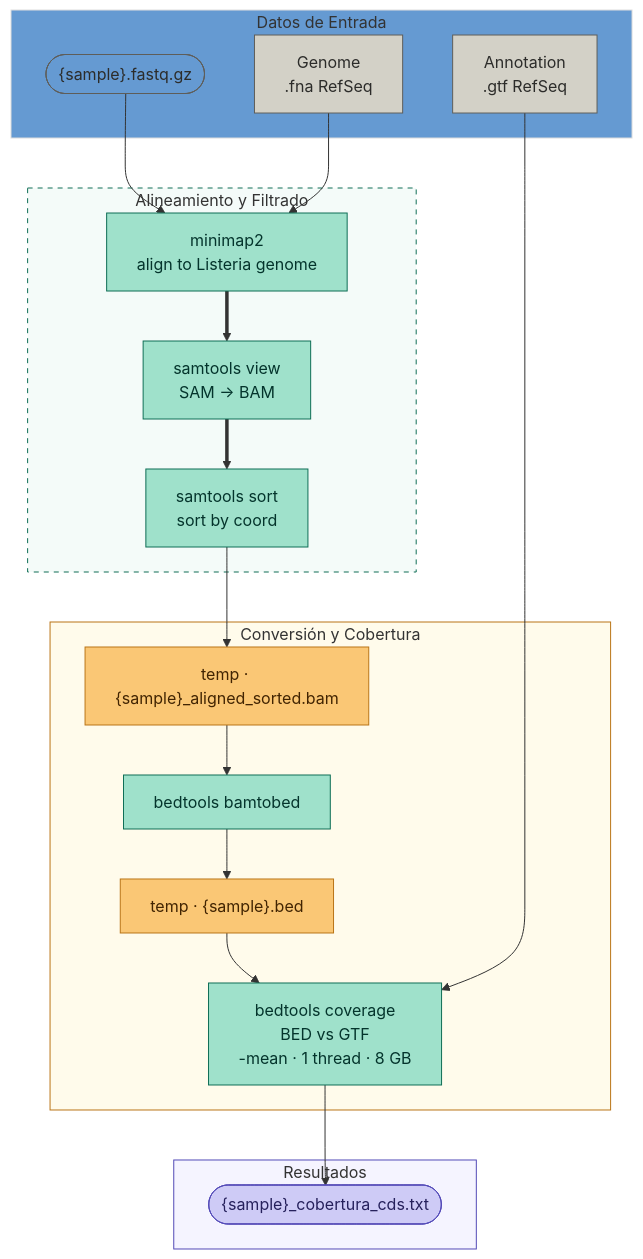
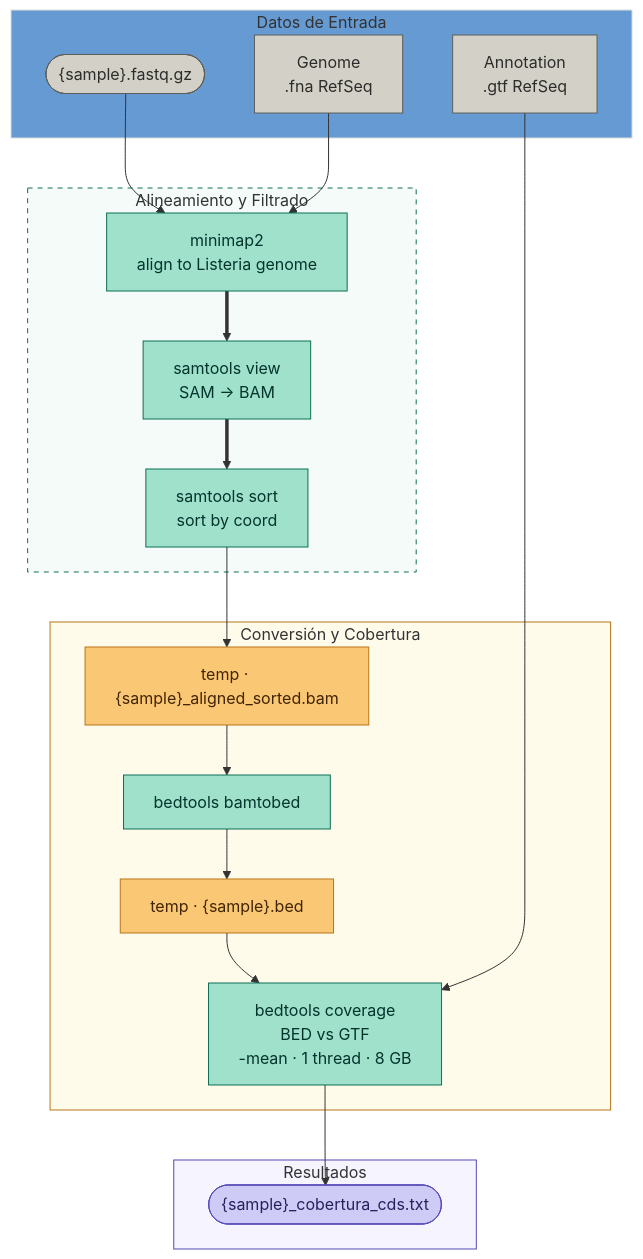
One commit to laugior/search4listeria changed the diagram in readme.md. Above: the diagram before and after it, drawn with Mermaid.

````diff
--- a/readme.md
+++ b/readme.md
@@ -3,61 +3,61 @@
 ```mermaid
 flowchart TB
     %% --- ENTRADAS ---
     subgraph INPUTS ["Datos de Entrada"]
         INPUT(["{sample}.fastq.gz"])
         GENOME["Genome\n.fna RefSeq"]
         GTF["Annotation\n.gtf RefSeq"]
     end
 
     %% --- PROCESAMIENTO EN STREAMING ---
     subgraph ALIGNMENT ["Alineamiento y Filtrado"]
         MM["minimap2\nalign to Listeria genome"]
         SV["samtools view\nSAM → BAM"]
         SS["samtools sort\nsort by coord"]
         
         MM ==>  SV ==>  SS
     end
 
     %% --- PASOS INTERMEDIOS Y ANÁLISIS ---
     subgraph ANALYSIS ["Conversión y Cobertura"]
         SBAM["temp · {sample}_aligned_sorted.bam"]
         B2B["bedtools bamtobed"]
         BED["temp · {sample}.bed"]
         COV["bedtools coverage\nBED vs GTF\n-mean · 1 thread · 8 GB"]
     end
 
     %% --- SALIDA ---
     subgraph OUTPUTS ["Resultados"]
         OUTPUT(["{sample}_cobertura_cds.txt"])
     end
 
     %% --- CONEXIONES GLOBALES ---
     INPUT & GENOME --> MM
     SS --> SBAM
     SBAM --> B2B
     B2B --> BED
     BED & GTF --> COV
     COV --> OUTPUT
 
     %% --- ESTILOS ---
-    style INPUT  fill:#659ad2,stroke:#5F5E5A,color:#2C2C2A
+    style INPUT  fill:#D3D1C7,stroke:#5F5E5A,color:#2C2C2A
     style GENOME fill:#D3D1C7,stroke:#5F5E5A,color:#2C2C2A
     style GTF    fill:#D3D1C7,stroke:#5F5E5A,color:#2C2C2A
     
     style MM     fill:#9FE1CB,stroke:#0F6E56,color:#04342C
     style SV     fill:#9FE1CB,stroke:#0F6E56,color:#04342C
     style SS     fill:#9FE1CB,stroke:#0F6E56,color:#04342C
     style B2B    fill:#9FE1CB,stroke:#0F6E56,color:#04342C
     style COV    fill:#9FE1CB,stroke:#0F6E56,color:#04342C
 
     style SBAM   fill:#FAC775,stroke:#BA7517,color:#412402
     style BED    fill:#FAC775,stroke:#BA7517,color:#412402
     
     style OUTPUT fill:#CECBF6,stroke:#534AB7,color:#26215C
 
     %% Estilos de los subgrafos para dar estructura limpia
     style INPUTS fill:#659ad2,stroke:#ddd,stroke-width:1px
     style ALIGNMENT fill:#f4fbf9,stroke:#0F6E56,stroke-width:1px,stroke-dasharray: 5 5
     style ANALYSIS fill:#fffbeb,stroke:#BA7517,stroke-width:1px
     style OUTPUTS fill:#f5f4ff,stroke:#534AB7,stroke-width:1px
 ```
````
